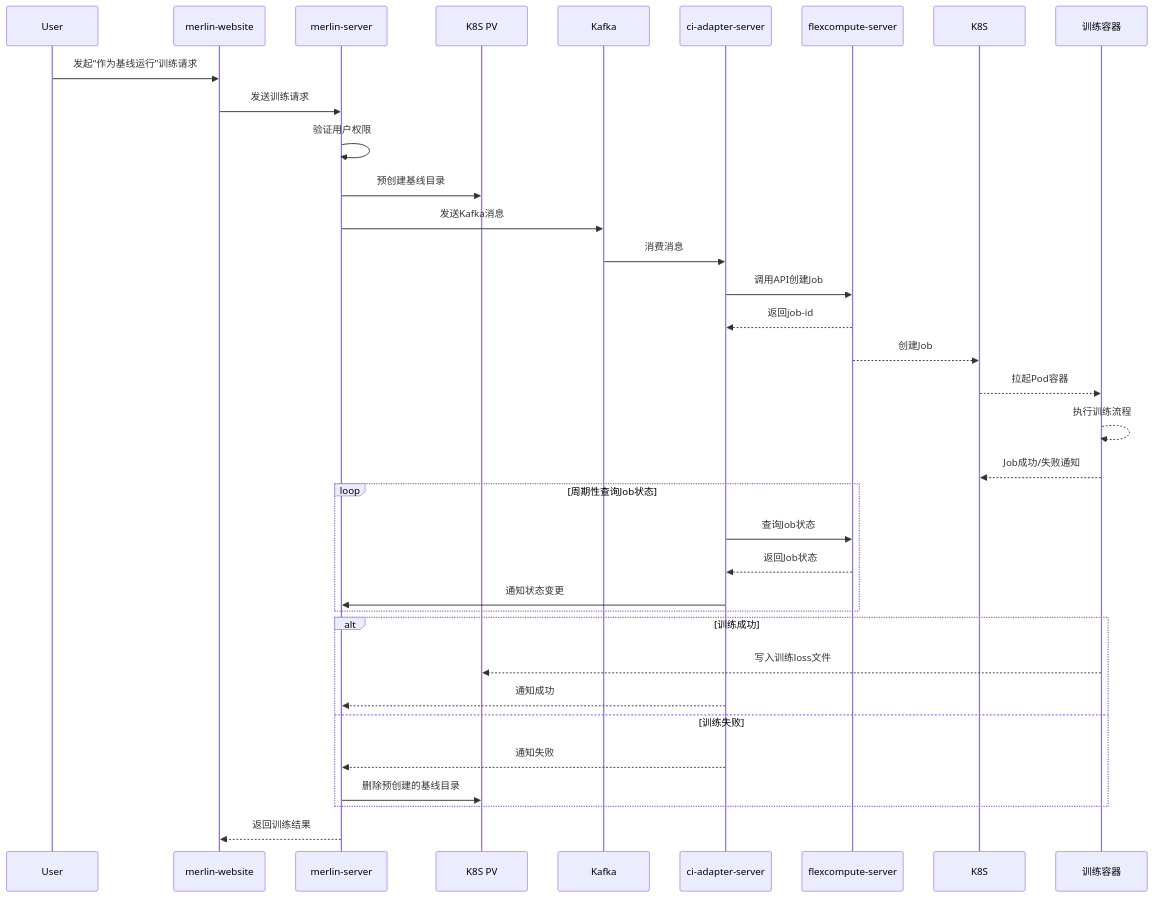
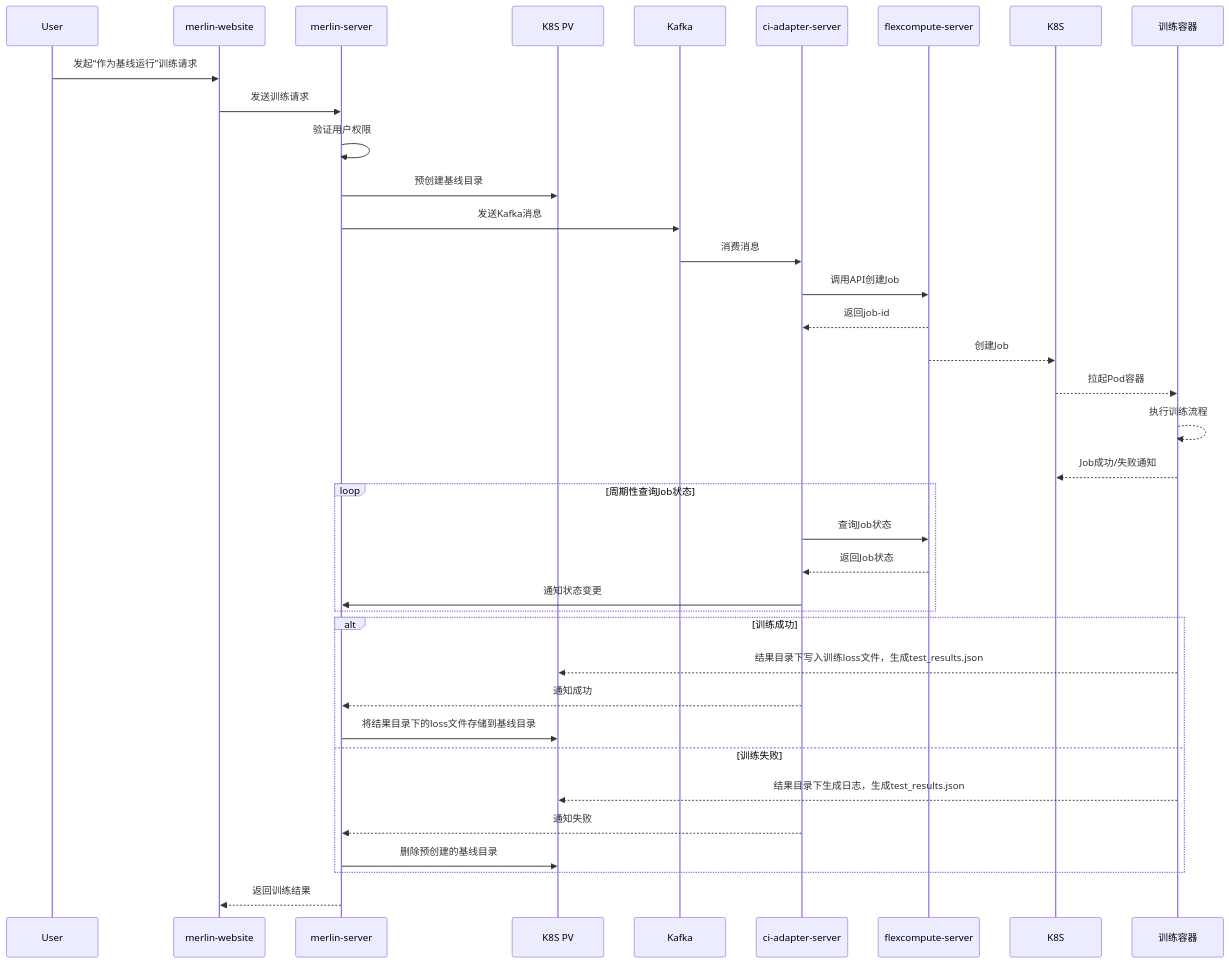
Before and after one commit to pillumina/design-proposal: the eighth of 12 diagrams in 模型精度性能测试自动化.md, drawn with Mermaid. The commit also changed other lines of this file, not shown here.

````diff
--- a/模型精度性能测试自动化.md
+++ b/模型精度性能测试自动化.md
@@ -977,38 +977,40 @@
 ```mermaid
 sequenceDiagram
     participant User
     participant Frontend as merlin-website
     participant Server as merlin-server
     participant Storage as K8S PV
     participant Kafka
     participant Adapter as ci-adapter-server
     participant Flex as flexcompute-server
     participant K8S
     participant Job as 训练容器
 
     User ->> Frontend: 发起“作为基线运行”训练请求
     Frontend ->> Server: 发送训练请求
     Server ->> Server: 验证用户权限
     Server ->> Storage: 预创建基线目录
     Server ->> Kafka: 发送Kafka消息
     Kafka ->> Adapter: 消费消息
     Adapter ->> Flex: 调用API创建Job
     Flex -->> Adapter: 返回job-id
     Flex -->> K8S: 创建Job
     K8S -->> Job: 拉起Pod容器
     Job -->> Job: 执行训练流程
     Job -->> K8S: Job成功/失败通知
     loop 周期性查询Job状态
         Adapter ->> Flex: 查询Job状态
         Flex -->> Adapter: 返回Job状态
         Adapter ->> Server: 通知状态变更
     end
     alt 训练成功
-    		Job -->> Storage: 写入训练loss文件
+    		Job -->> Storage: 结果目录下写入训练loss文件，生成test_results.json
         Adapter -->> Server: 通知成功
+        Server ->> Storage: 将结果目录下的loss文件存储到基线目录
     else 训练失败
+    		Job -->> Storage: 结果目录下生成日志，生成test_results.json
         Adapter -->> Server: 通知失败
         Server ->> Storage: 删除预创建的基线目录
     end
     Server -->> Frontend: 返回训练结果
 ```
````
